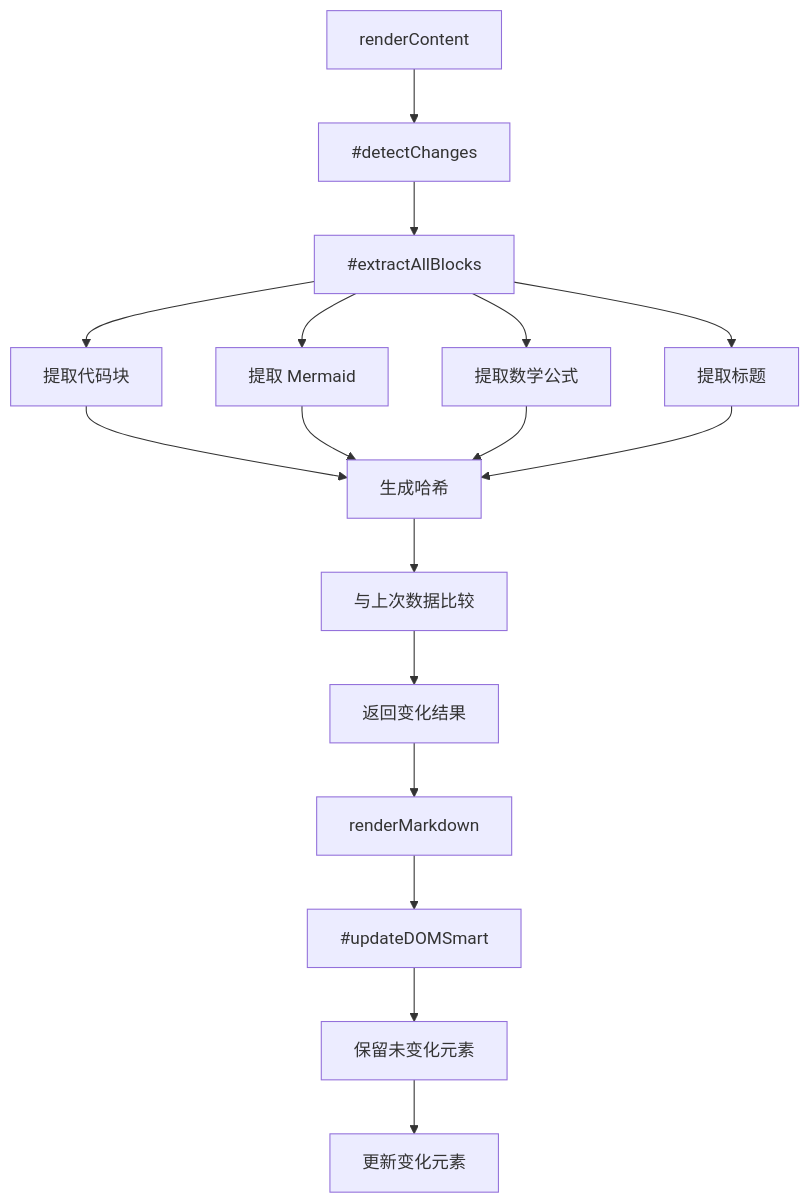
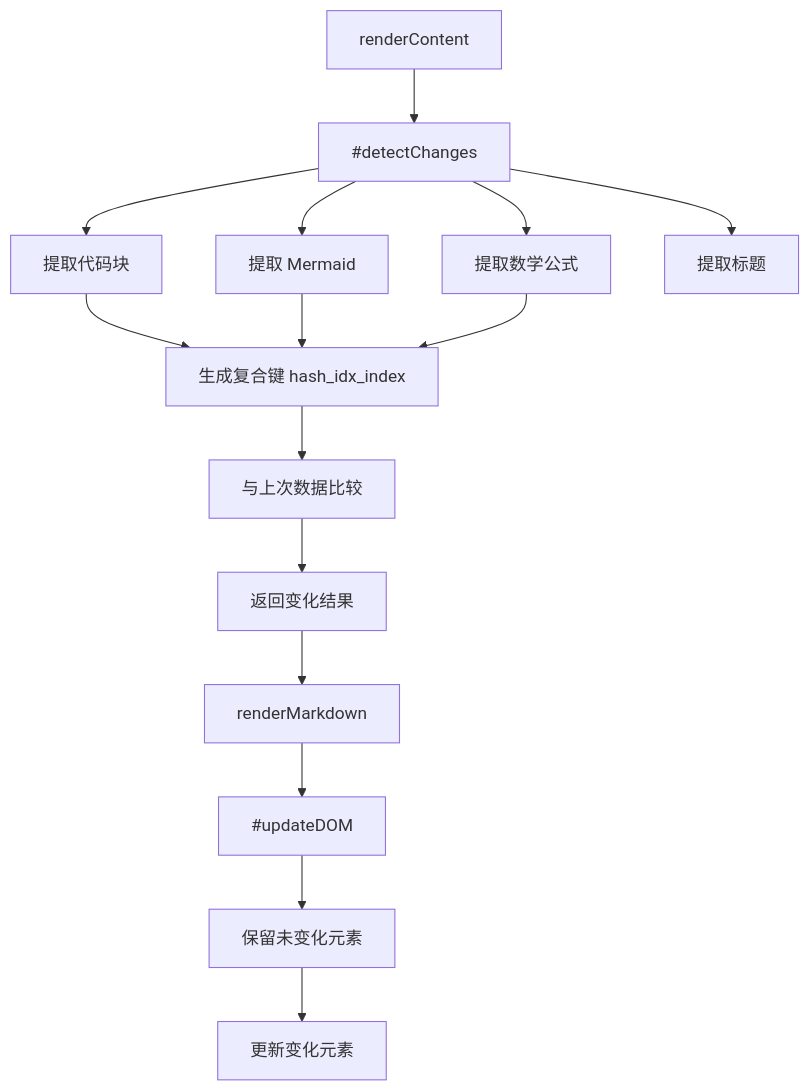
One commit to ZCShou/markdown changed the fifth of 10 diagrams in docs/preview.md. Above: the diagram before and after it, drawn with Mermaid. The commit also changed other lines of this file and 1 other file, not shown here.

````diff
--- a/docs/preview.md
+++ b/docs/preview.md
@@ -395,22 +433,20 @@
 ```mermaid
 graph TD
     A[renderContent] --> B[#detectChanges]
-    B --> C[#extractAllBlocks]
-    C --> D[提取代码块]
-    C --> E[提取 Mermaid]
-    C --> F[提取数学公式]
-    C --> G[提取标题]
+    B --> C[提取代码块]
+    B --> D[提取 Mermaid]
+    B --> E[提取数学公式]
+    B --> F[提取标题]
     
-    D --> H[生成哈希]
-    E --> H
-    F --> H
-    G --> H
+    C --> G[生成复合键 hash_idx_index]
+    D --> G
+    E --> G
     
-    H --> I[与上次数据比较]
-    I --> J[返回变化结果]
+    G --> H[与上次数据比较]
+    H --> I[返回变化结果]
     
-    J --> K[renderMarkdown]
-    K --> L[#updateDOMSmart]
-    L --> M[保留未变化元素]
-    M --> N[更新变化元素]
+    I --> J[renderMarkdown]
+    J --> K[#updateDOM]
+    K --> L[保留未变化元素]
+    L --> M[更新变化元素]
 ```
````
